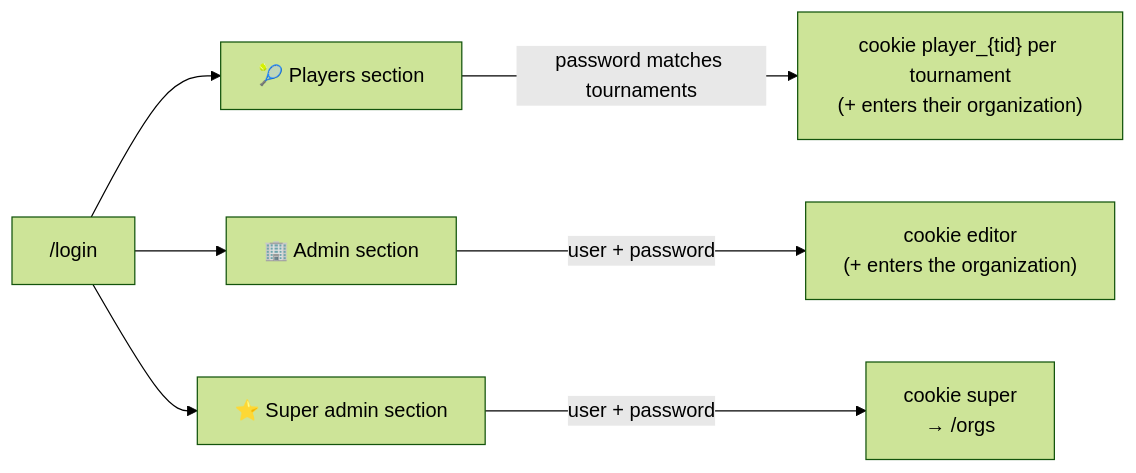
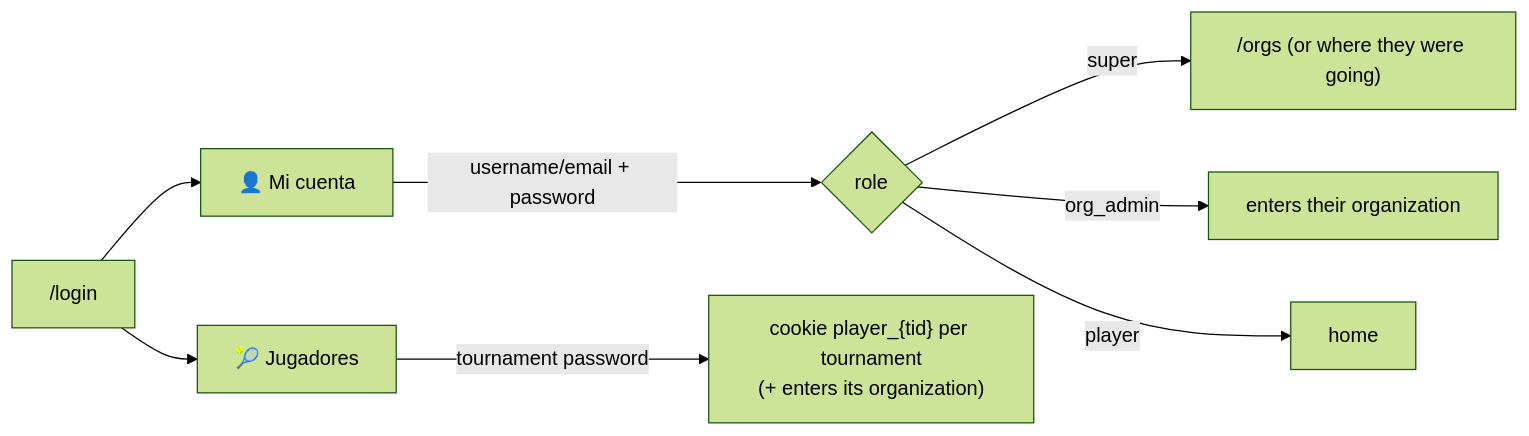
The first of 2 diagrams in docs/processes/USERS.md (Sorrycion/PadelScore), drawn with Mermaid (forest theme) before and after one commit. The commit also changed other lines of this file and 18 other files, not shown here.

````diff
--- a/docs/processes/USERS.md
+++ b/docs/processes/USERS.md
@@ -14,9 +16,10 @@
 ```mermaid
 flowchart LR
-    L["/login"] --> P[🎾 Players section]
-    L --> A[🏢 Admin section]
-    L --> S[⭐ Super admin section]
-    P -- password matches tournaments --> PC["cookie player_{tid} per tournament<br/>(+ enters their organization)"]
-    A -- user + password --> AC["cookie editor<br/>(+ enters the organization)"]
-    S -- user + password --> SC["cookie super<br/>→ /orgs"]
+    L["/login"] --> A[👤 Mi cuenta]
+    L --> P[🎾 Jugadores]
+    A -- username/email + password --> U{role}
+    U -- super --> S["/orgs (or where they were going)"]
+    U -- org_admin --> O[enters their organization]
+    U -- player --> H[home]
+    P -- tournament password --> G["cookie player_{tid} per tournament<br/>(+ enters its organization)"]
 ```
````
